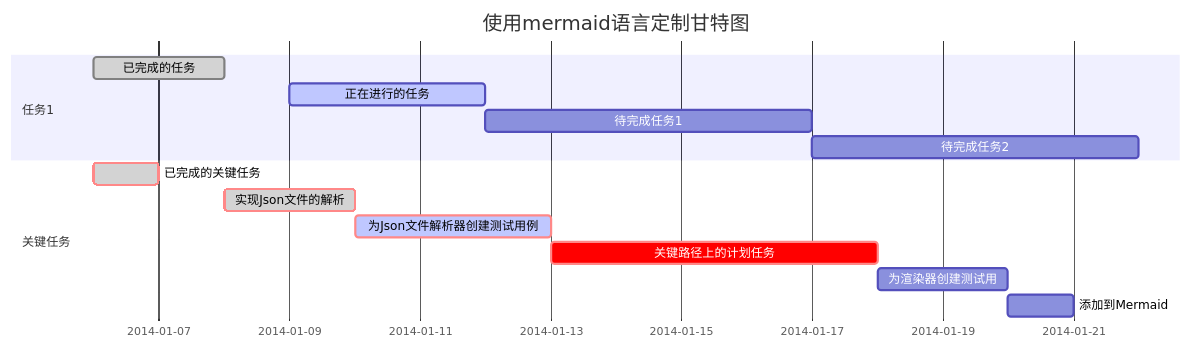
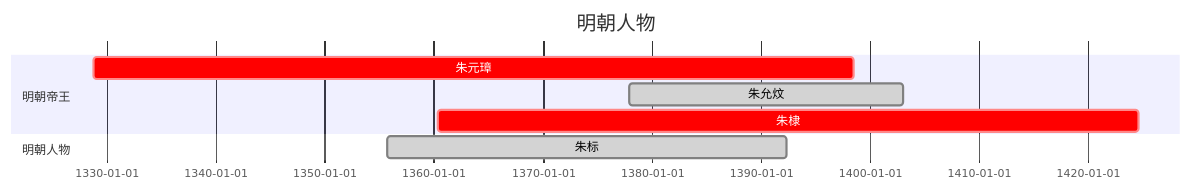
Before and after one commit to pemglee/HistoryNotes: the diagram in NoteList.md, drawn with Mermaid. The commit also changed other lines of this file, not shown here.

Commit message:
update for MING

````diff
--- a/NoteList.md
+++ b/NoteList.md
@@ -73,19 +17,16 @@
 ```mermaid
 gantt
 dateFormat YYYY-MM-DD
-title 使用mermaid语言定制甘特图
+title 明朝人物
 
-section 任务1
-已完成的任务 :done, des1, 2014-01-06,2014-01-08
-正在进行的任务 :active, des2, 2014-01-09, 3d
-待完成任务1 : des3, after des2, 5d
-待完成任务2 : des4, after des3, 5d
+section 明朝帝王
+朱元璋: crit, , 1328-10-21, 1398-06-24
+朱允炆: done, , 1377-12-05, 1402-12-31
+朱棣: crit, , 1360-05-02, 1424-08-12
 
-section 关键任务
-已完成的关键任务 :crit, done, 2014-01-06,24h
-实现Json文件的解析 :crit, done, after des1, 2d
-为Json文件解析器创建测试用例 :crit, active, 3d
-关键路径上的计划任务 :crit, 5d
-为渲染器创建测试用 :2d
-添加到Mermaid :1d
+section 明朝人物
+朱标: done, , 1355-10-10, 1392-05-17
+
+section 外藩
+
 ```
````
